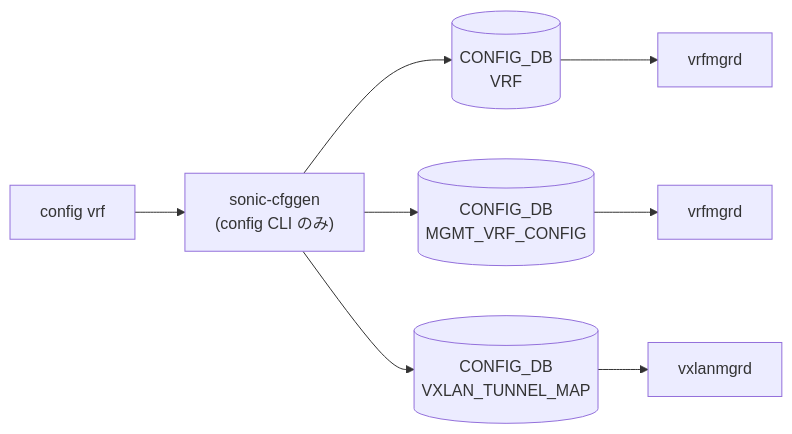
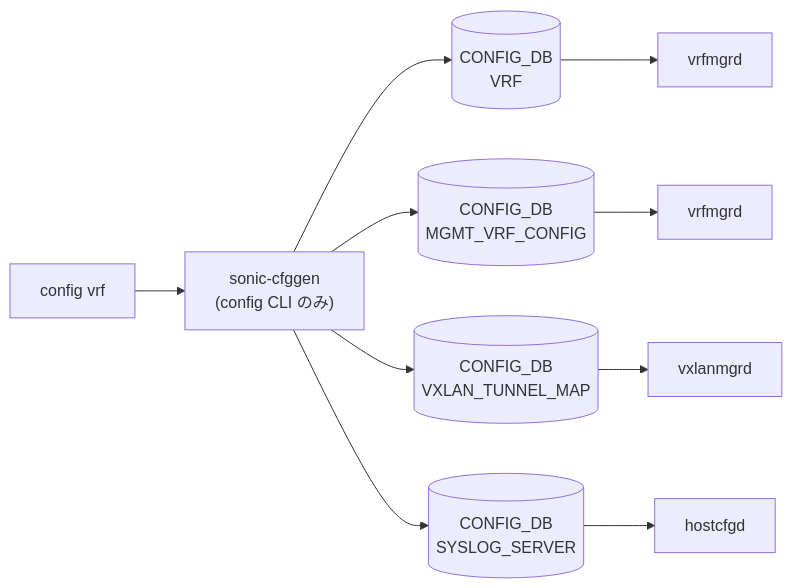
Before and after one commit to aoki-taquan/sonic-unofficial-docs: the diagram in docs/reference/cli/config-vrf.md, drawn with Mermaid. The commit also changed 76 other files, not shown here.

First line of the commit message:
chore: expand CDB/CLI mermaid coverage to 119/122 and 52/73

````diff
--- a/docs/reference/cli/config-vrf.md
+++ b/docs/reference/cli/config-vrf.md
@@ -133,18 +133,22 @@
 ```mermaid
 flowchart LR
   CLI["config vrf"]
   SC["sonic-cfggen<br/>(config CLI のみ)"]
   CLI --> SC
   CDB0[("CONFIG_DB<br/>VRF")]
   SC --> CDB0
   DM0["vrfmgrd"]
   CDB0 --> DM0
   CDB1[("CONFIG_DB<br/>MGMT_VRF_CONFIG")]
   SC --> CDB1
   DM1["vrfmgrd"]
   CDB1 --> DM1
   CDB2[("CONFIG_DB<br/>VXLAN_TUNNEL_MAP")]
   SC --> CDB2
   DM2["vxlanmgrd"]
   CDB2 --> DM2
+  CDB3[("CONFIG_DB<br/>SYSLOG_SERVER")]
+  SC --> CDB3
+  DM3["hostcfgd"]
+  CDB3 --> DM3
 ```
````
